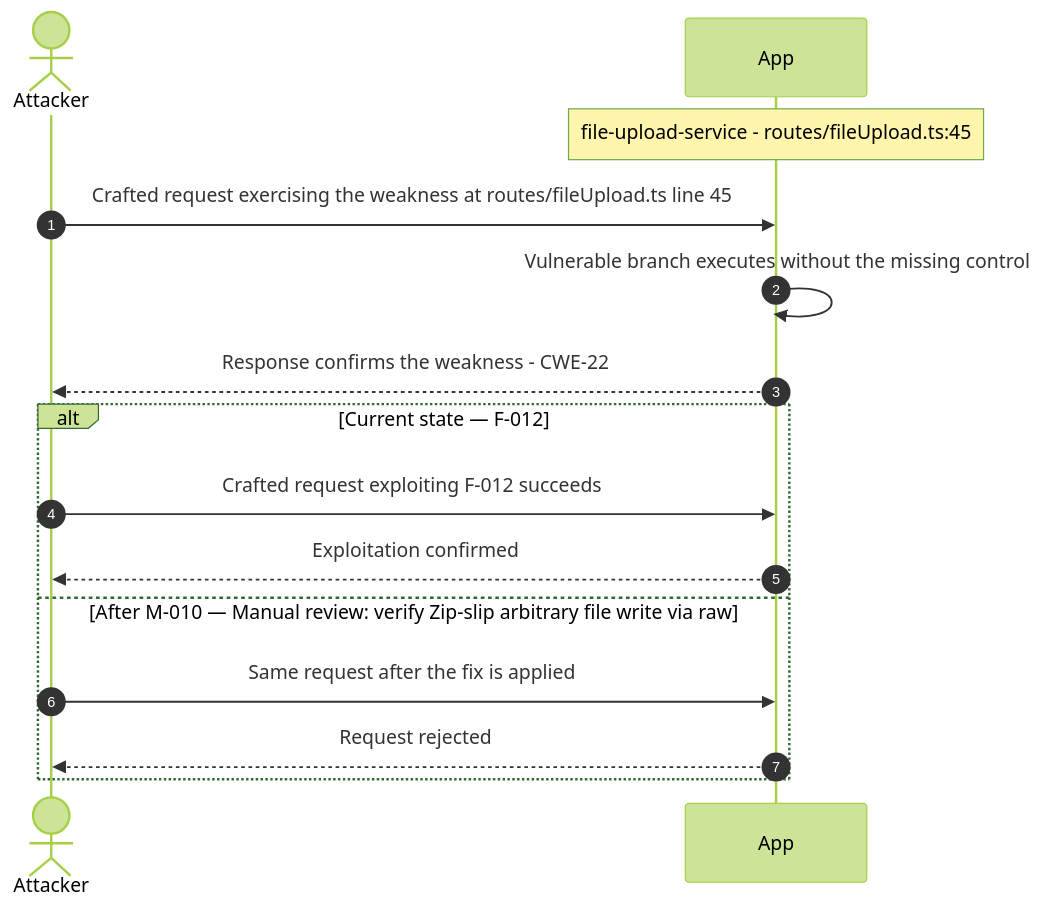
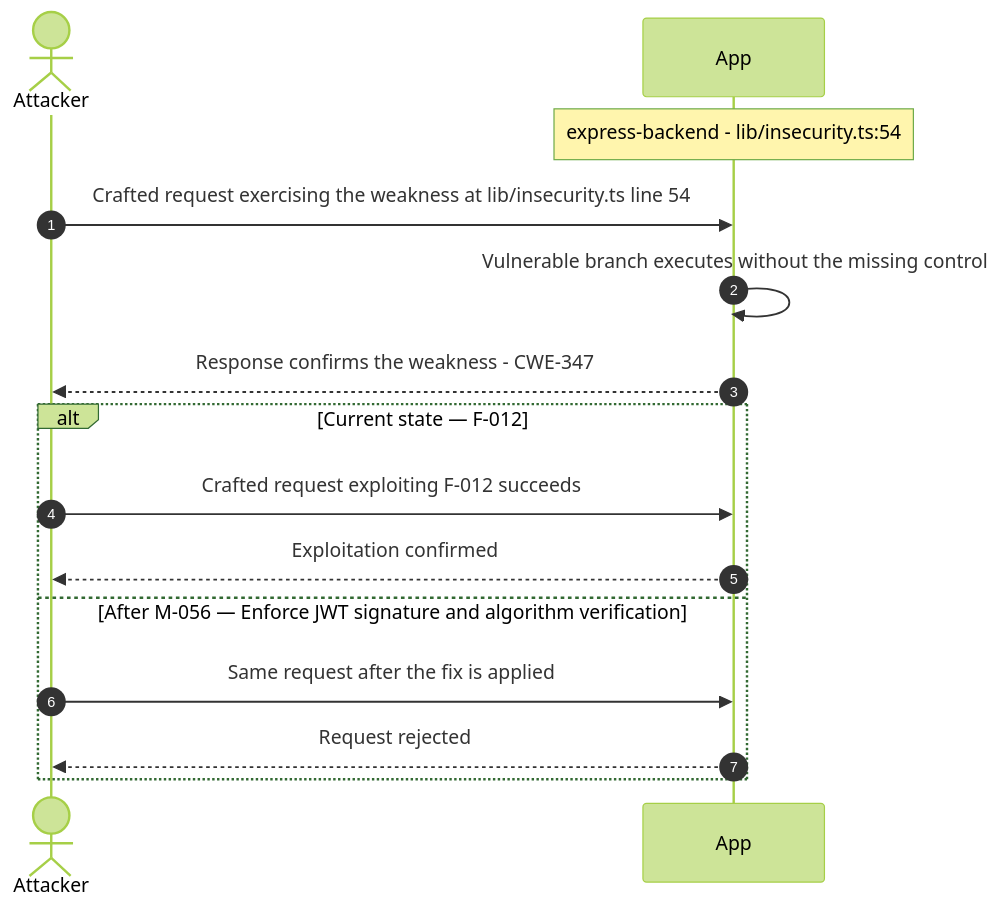
Before and after one commit to appsec-foundry/appsec-advisor: diagram 16 of 28 in examples/threat-modeler/threat-model-juice-shop-standard.md, drawn with Mermaid (forest theme). The commit also changed other lines of this file and 12 other files, not shown here.

````diff
--- a/examples/threat-modeler/threat-model-juice-shop-standard.md
+++ b/examples/threat-modeler/threat-model-juice-shop-standard.md
@@ -865,17 +859,17 @@
 ```mermaid
 sequenceDiagram
     autonumber
     actor Attacker
     participant App
-    Note over App: file-upload-service - routes/fileUpload.ts:45
-    Attacker->>App: Crafted request exercising the weakness at routes/fileUpload.ts line 45
+    Note over App: express-backend - lib/insecurity.ts:54
+    Attacker->>App: Crafted request exercising the weakness at lib/insecurity.ts line 54
     App->>App: Vulnerable branch executes without the missing control
-    App-->>Attacker: Response confirms the weakness - CWE-22
+    App-->>Attacker: Response confirms the weakness - CWE-347
     alt Current state — F-012
         Attacker->>App: Crafted request exploiting F-012 succeeds
         App-->>Attacker: Exploitation confirmed
-    else After M-010 — Manual review: verify Zip-slip arbitrary file write via raw
+    else After M-056 — Enforce JWT signature and algorithm verification
         Attacker->>App: Same request after the fix is applied
         App-->>Attacker: Request rejected
     end
 ```
````
